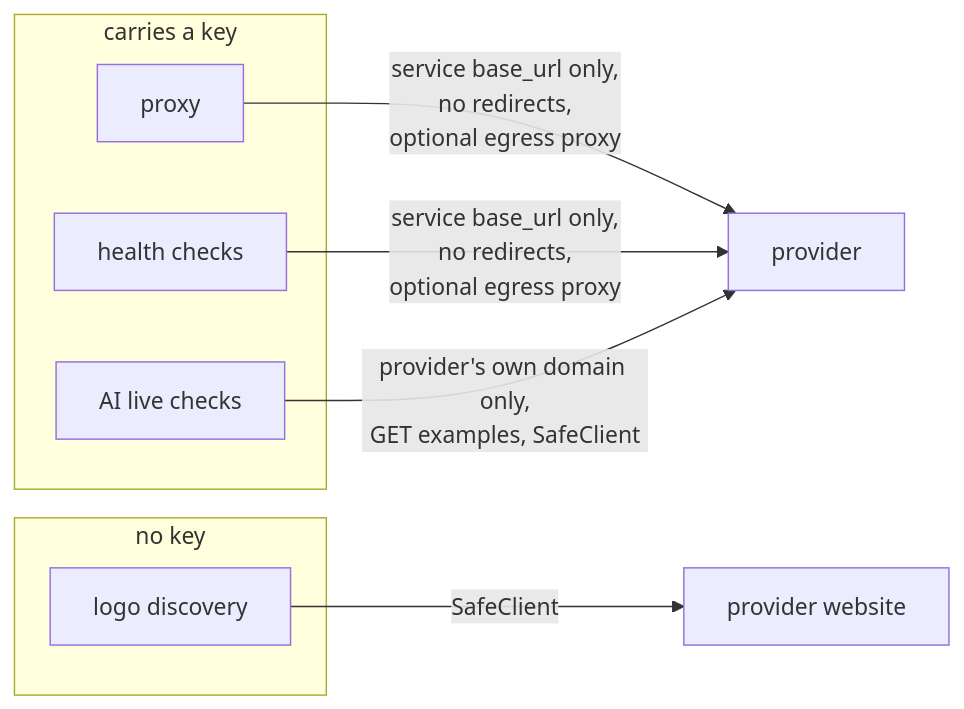
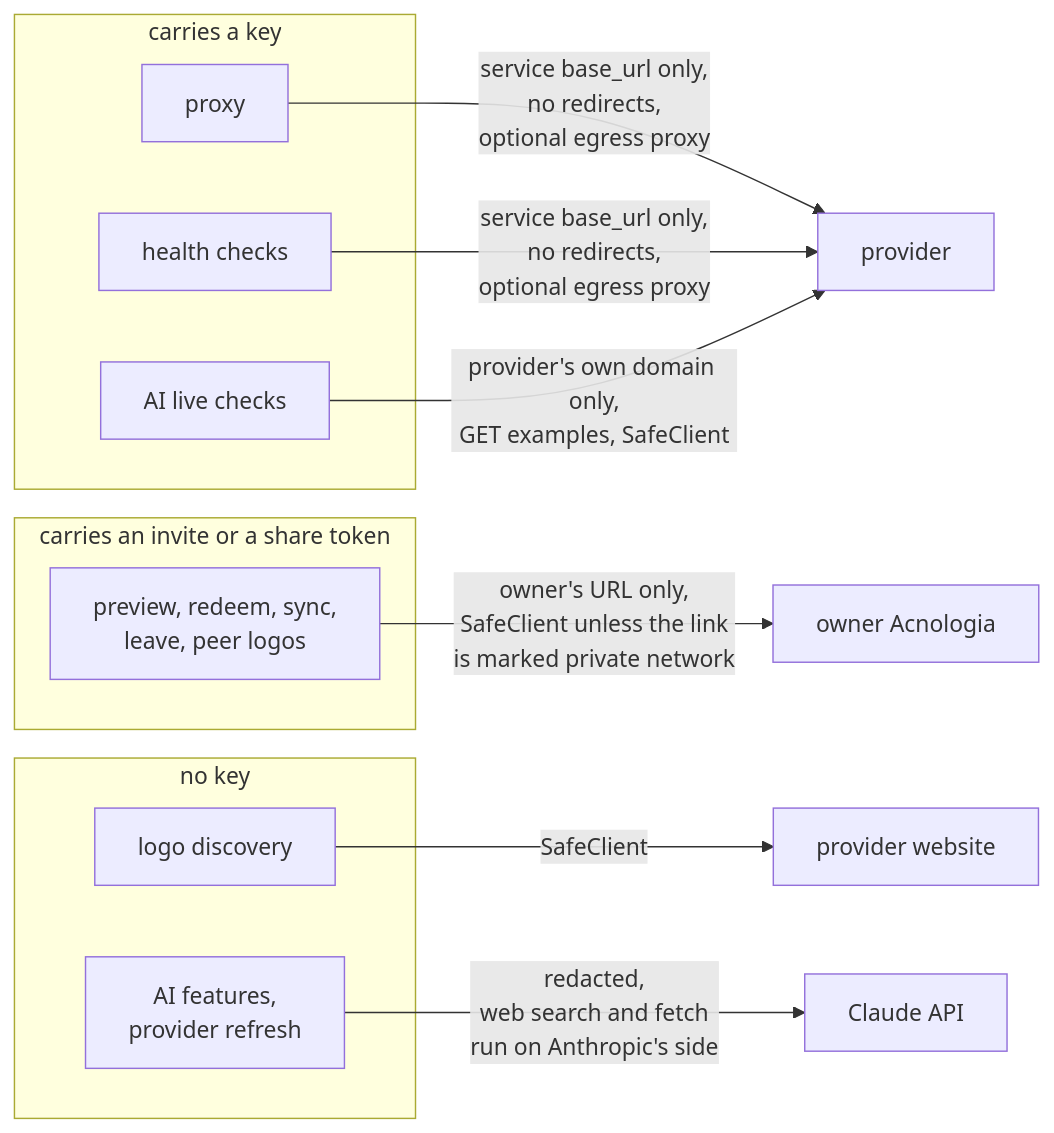
One commit to sidharthpunathil/acnologia changed the third of 3 diagrams in docs/security.md. Above: the diagram before and after it, drawn with Mermaid. The commit also changed other lines of this file, not shown here.

First line of the commit message:
Cover models, refresh and sharing in the security model

````diff
--- a/docs/security.md
+++ b/docs/security.md
@@ -240,15 +285,21 @@
 ```mermaid
 flowchart LR
     subgraph With["carries a key"]
         P["proxy"]
         H["health checks"]
         L["AI live checks"]
     end
+    subgraph Token["carries an invite or a share token"]
+        Peer["preview, redeem, sync,<br/>leave, peer logos"]
+    end
     subgraph Without["no key"]
         Logo["logo discovery"]
+        AI["AI features,<br/>provider refresh"]
     end
     P -->|"service base_url only,<br/>no redirects,<br/>optional egress proxy"| Prov[provider]
     H -->|"service base_url only,<br/>no redirects,<br/>optional egress proxy"| Prov
     L -->|"provider's own domain only,<br/>GET examples, SafeClient"| Prov
     Logo -->|"SafeClient"| Site[provider website]
+    Peer -->|"owner's URL only,<br/>SafeClient unless the link<br/>is marked private network"| Owner[owner Acnologia]
+    AI -->|"redacted,<br/>web search and fetch<br/>run on Anthropic's side"| Claude[Claude API]
 ```
````
